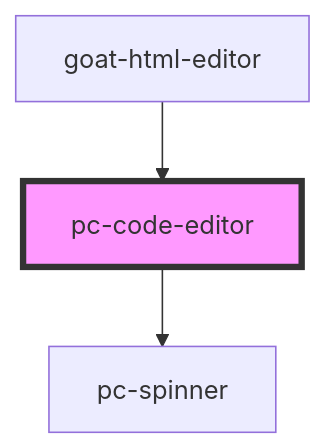
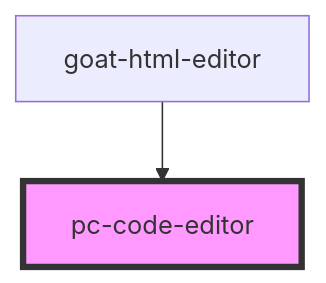
The diagram in src/components/input-controls/code-editor/readme.md (redvars/peacock), drawn with Mermaid before and after one commit. The commit also changed other lines of this file and 110 other files, not shown here.

````diff
--- a/src/components/input-controls/code-editor/readme.md
+++ b/src/components/input-controls/code-editor/readme.md
@@ -77,6 +73,5 @@
 ```mermaid
 graph TD;
-  pc-code-editor --> pc-spinner
   goat-html-editor --> pc-code-editor
   style pc-code-editor fill:#f9f,stroke:#333,stroke-width:4px
 ```
````
